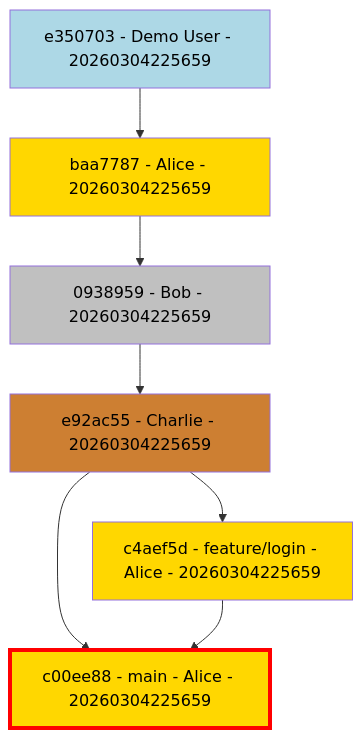
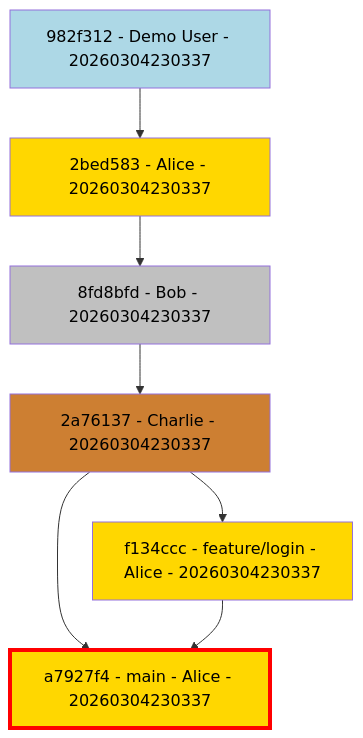
The first of 3 diagrams in examples/EXAMPLES.md (TheTrueSCU/git-graphable), drawn with Mermaid before and after one commit. The commit also changed other lines of this file and 1 other file, not shown here.

````diff
--- a/examples/EXAMPLES.md
+++ b/examples/EXAMPLES.md
@@ -14,21 +14,21 @@
 ```mermaid
 flowchart TD
-e350703026fb73dc08e890906c9f27547fe52d3d["e350703 - Demo User - 20260304225659"]
-style e350703026fb73dc08e890906c9f27547fe52d3d fill:#ADD8E6,color:black
-baa77871ec033514ae7cf64b215806d8db52d66e["baa7787 - Alice - 20260304225659"]
-style baa77871ec033514ae7cf64b215806d8db52d66e fill:#FFD700,color:black
-09389596475bcc38920422347ed068762d994b9a["0938959 - Bob - 20260304225659"]
-style 09389596475bcc38920422347ed068762d994b9a fill:#C0C0C0,color:black
-e92ac556805176e0bcb22bfbfc9e1c91bb89d40e["e92ac55 - Charlie - 20260304225659"]
-style e92ac556805176e0bcb22bfbfc9e1c91bb89d40e fill:#CD7F32,color:black
-c4aef5d9923ebf569750358d81bb317b58d6debf["c4aef5d - feature/login - Alice - 20260304225659"]
-style c4aef5d9923ebf569750358d81bb317b58d6debf fill:#FFD700,color:black
-c00ee886389997fd81c4d7cd66646e14d4b25e23["c00ee88 - main - Alice - 20260304225659"]
-style c00ee886389997fd81c4d7cd66646e14d4b25e23 fill:#FFD700,color:black,stroke:red,stroke-width:4px
-e350703026fb73dc08e890906c9f27547fe52d3d --> baa77871ec033514ae7cf64b215806d8db52d66e
-baa77871ec033514ae7cf64b215806d8db52d66e --> 09389596475bcc38920422347ed068762d994b9a
-09389596475bcc38920422347ed068762d994b9a --> e92ac556805176e0bcb22bfbfc9e1c91bb89d40e
-e92ac556805176e0bcb22bfbfc9e1c91bb89d40e --> c4aef5d9923ebf569750358d81bb317b58d6debf
-e92ac556805176e0bcb22bfbfc9e1c91bb89d40e --> c00ee886389997fd81c4d7cd66646e14d4b25e23
-c4aef5d9923ebf569750358d81bb317b58d6debf --> c00ee886389997fd81c4d7cd66646e14d4b25e23
+982f31213e9ecbaf57f6c94b3b08ba57421d0e5d["982f312 - Demo User - 20260304230337"]
+style 982f31213e9ecbaf57f6c94b3b08ba57421d0e5d fill:#ADD8E6,color:black
+2bed5833e7769dc0bb2d3a555c2a3e5ac176ba5d["2bed583 - Alice - 20260304230337"]
+style 2bed5833e7769dc0bb2d3a555c2a3e5ac176ba5d fill:#FFD700,color:black
+8fd8bfd7e2cb1c02e3ae4971e1d5ddfec3a4cde2["8fd8bfd - Bob - 20260304230337"]
+style 8fd8bfd7e2cb1c02e3ae4971e1d5ddfec3a4cde2 fill:#C0C0C0,color:black
+2a76137d56f94f16f5077a0b61082d7f1c878ebc["2a76137 - Charlie - 20260304230337"]
+style 2a76137d56f94f16f5077a0b61082d7f1c878ebc fill:#CD7F32,color:black
+f134cccd580ff06917b9466378dac92411ea7d16["f134ccc - feature/login - Alice - 20260304230337"]
+style f134cccd580ff06917b9466378dac92411ea7d16 fill:#FFD700,color:black
+a7927f460a42b06a00c15a29db85d9cc99ddd451["a7927f4 - main - Alice - 20260304230337"]
+style a7927f460a42b06a00c15a29db85d9cc99ddd451 fill:#FFD700,color:black,stroke:red,stroke-width:4px
+982f31213e9ecbaf57f6c94b3b08ba57421d0e5d --> 2bed5833e7769dc0bb2d3a555c2a3e5ac176ba5d
+2bed5833e7769dc0bb2d3a555c2a3e5ac176ba5d --> 8fd8bfd7e2cb1c02e3ae4971e1d5ddfec3a4cde2
+8fd8bfd7e2cb1c02e3ae4971e1d5ddfec3a4cde2 --> 2a76137d56f94f16f5077a0b61082d7f1c878ebc
+2a76137d56f94f16f5077a0b61082d7f1c878ebc --> f134cccd580ff06917b9466378dac92411ea7d16
+2a76137d56f94f16f5077a0b61082d7f1c878ebc --> a7927f460a42b06a00c15a29db85d9cc99ddd451
+f134cccd580ff06917b9466378dac92411ea7d16 --> a7927f460a42b06a00c15a29db85d9cc99ddd451
 ```
````
